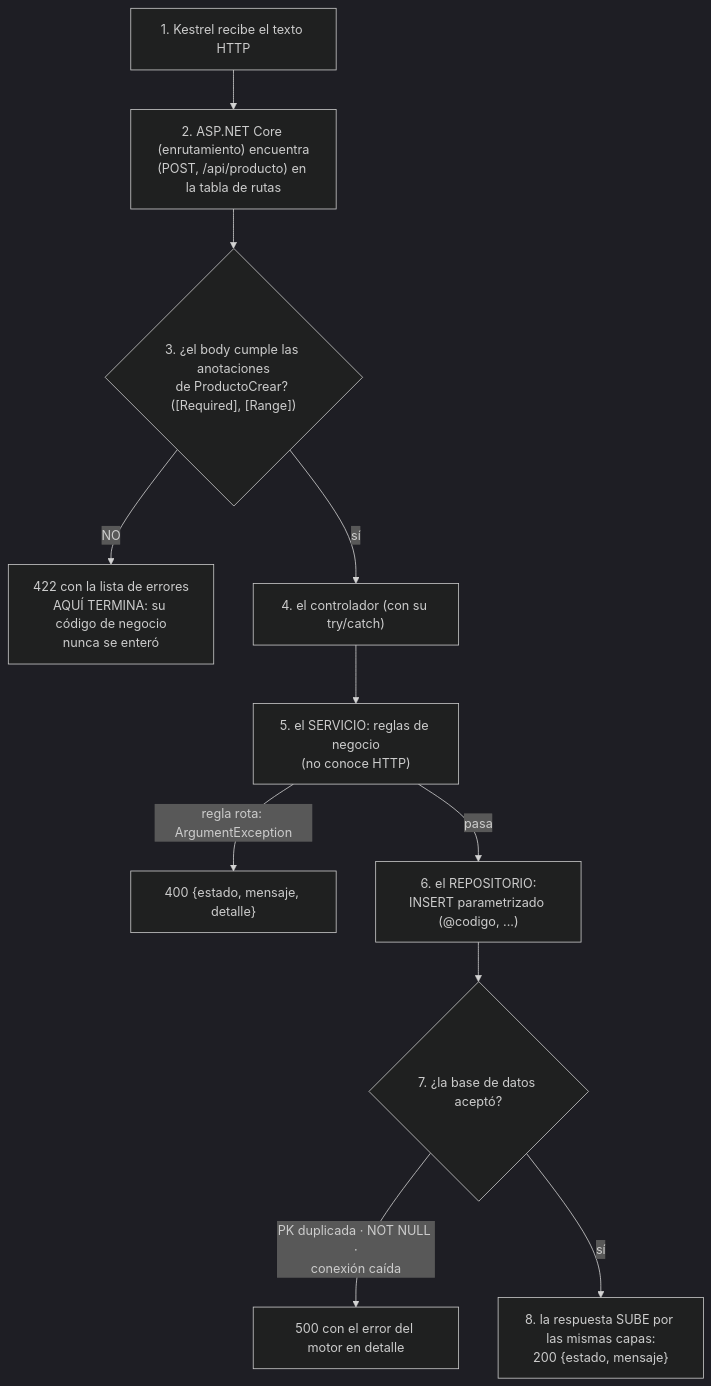
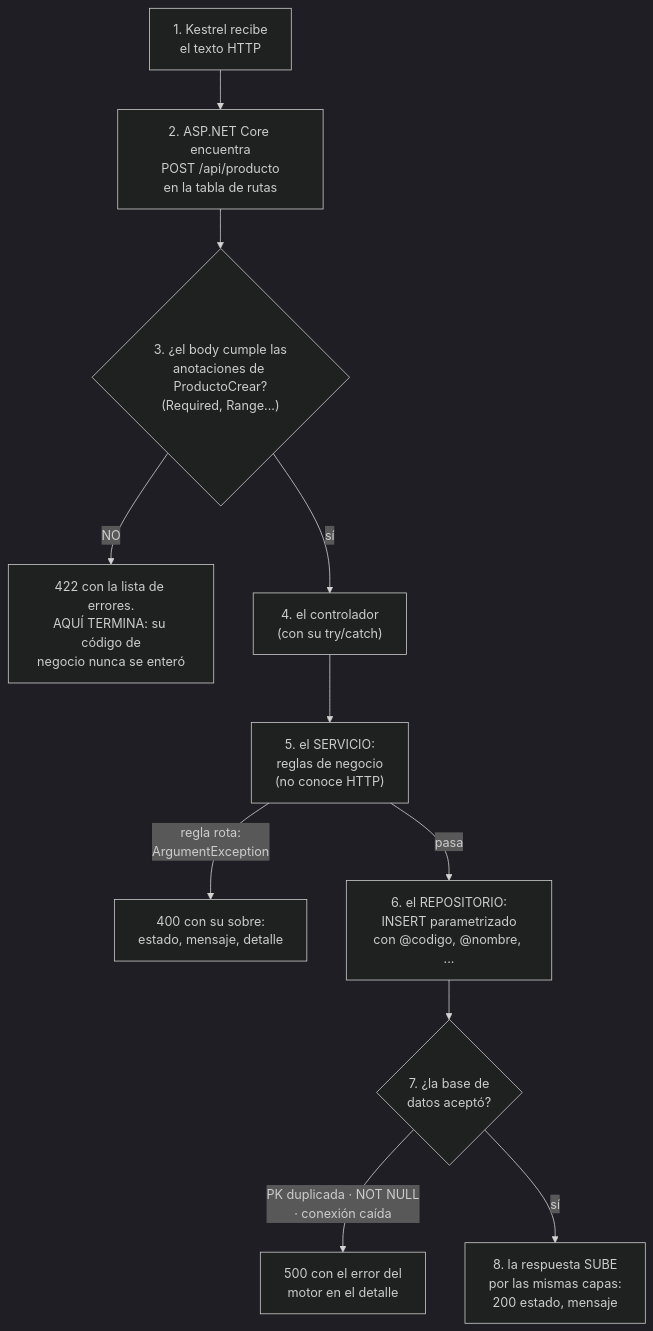
Before and after one commit to ccastro2050/proyecto_construccion_de_software6: the first of 2 diagrams in docs/FLUJO_DE_UNA_PETICION.md, drawn with Mermaid (dark theme). The commit also changed other lines of this file, not shown here.

Commit message:
FLUJO_DE_UNA_PETICION: diagramas regenerados con renglones cortos y sin corchetes/llaves en las etiquetas — GitHub recortaba el texto de las cajas

````diff
--- a/docs/FLUJO_DE_UNA_PETICION.md
+++ b/docs/FLUJO_DE_UNA_PETICION.md
@@ -88,13 +88,13 @@
 ```mermaid
 flowchart TD
-    A["1. Kestrel recibe el texto HTTP"] --> B["2. ASP.NET Core (enrutamiento) encuentra<br/>(POST, /api/producto) en la tabla de rutas"]
-    B --> C{"3. ¿el body cumple las anotaciones<br/>de ProductoCrear? ([Required], [Range])"}
-    C -->|"NO"| E422["422 con la lista de errores<br/>AQUÍ TERMINA: su código de negocio<br/>nunca se enteró"]
-    C -->|"sí"| D["4. el controlador (con su try/catch)"]
-    D --> E["5. el SERVICIO: reglas de negocio<br/>(no conoce HTTP)"]
-    E -->|"regla rota: ArgumentException"| E400["400 {estado, mensaje, detalle}"]
-    E -->|"pasa"| F["6. el REPOSITORIO:<br/>INSERT parametrizado (@codigo, ...)"]
-    F --> G{"7. ¿la base de datos aceptó?"}
-    G -->|"PK duplicada · NOT NULL ·<br/>conexión caída"| E500["500 con el error del motor en detalle"]
-    G -->|"sí"| OK["8. la respuesta SUBE por las mismas capas:<br/>200 {estado, mensaje}"]
+    A["1. Kestrel recibe<br/>el texto HTTP"] --> B["2. ASP.NET Core encuentra<br/>POST /api/producto<br/>en la tabla de rutas"]
+    B --> C{"3. ¿el body cumple las<br/>anotaciones de ProductoCrear?<br/>(Required, Range...)"}
+    C -->|"NO"| E422["422 con la lista de errores.<br/>AQUÍ TERMINA: su código de<br/>negocio nunca se enteró"]
+    C -->|"sí"| D["4. el controlador<br/>(con su try/catch)"]
+    D --> E["5. el SERVICIO:<br/>reglas de negocio<br/>(no conoce HTTP)"]
+    E -->|"regla rota:<br/>ArgumentException"| E400["400 con su sobre:<br/>estado, mensaje, detalle"]
+    E -->|"pasa"| F["6. el REPOSITORIO:<br/>INSERT parametrizado<br/>con @codigo, @nombre, ..."]
+    F --> G{"7. ¿la base de<br/>datos aceptó?"}
+    G -->|"PK duplicada · NOT NULL<br/>· conexión caída"| E500["500 con el error del<br/>motor en el detalle"]
+    G -->|"sí"| OK["8. la respuesta SUBE<br/>por las mismas capas:<br/>200 estado, mensaje"]
 ```
````
